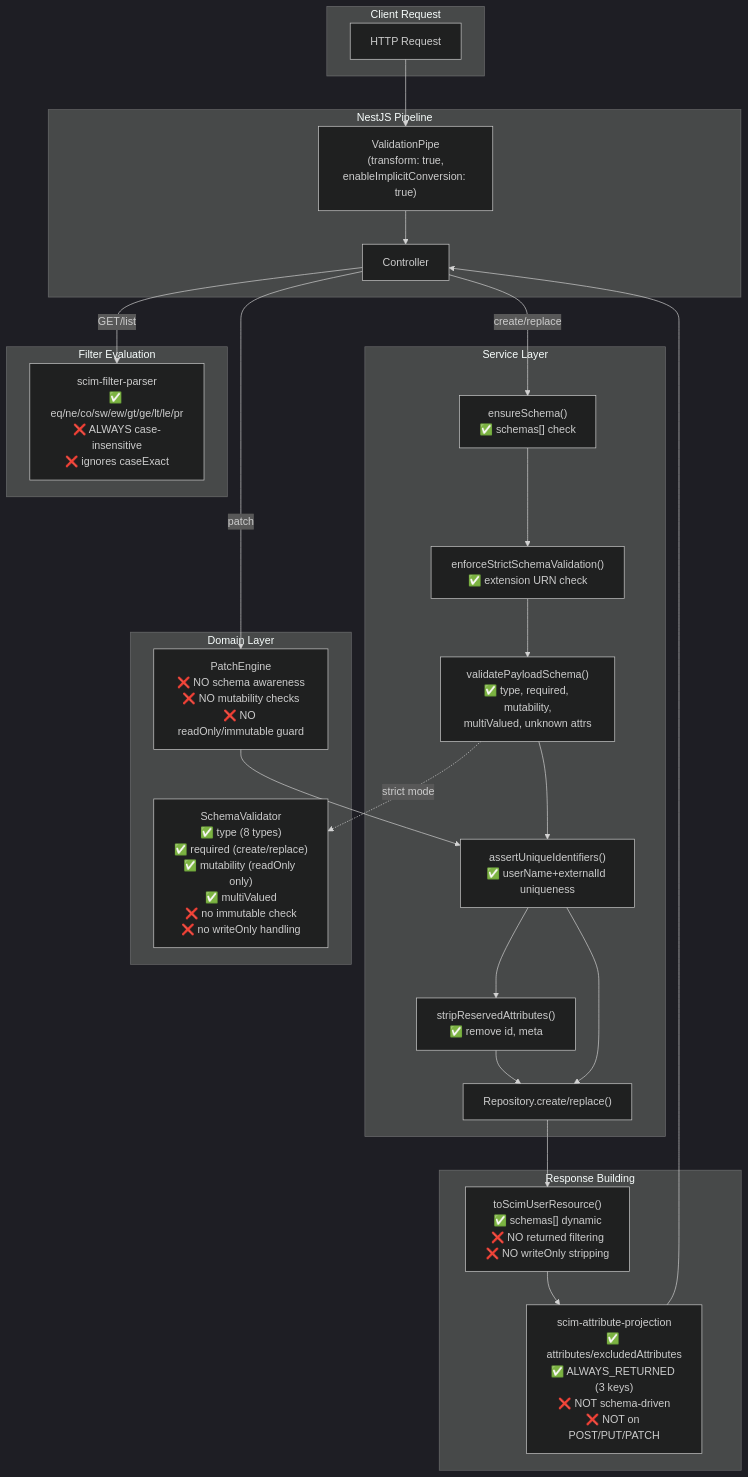
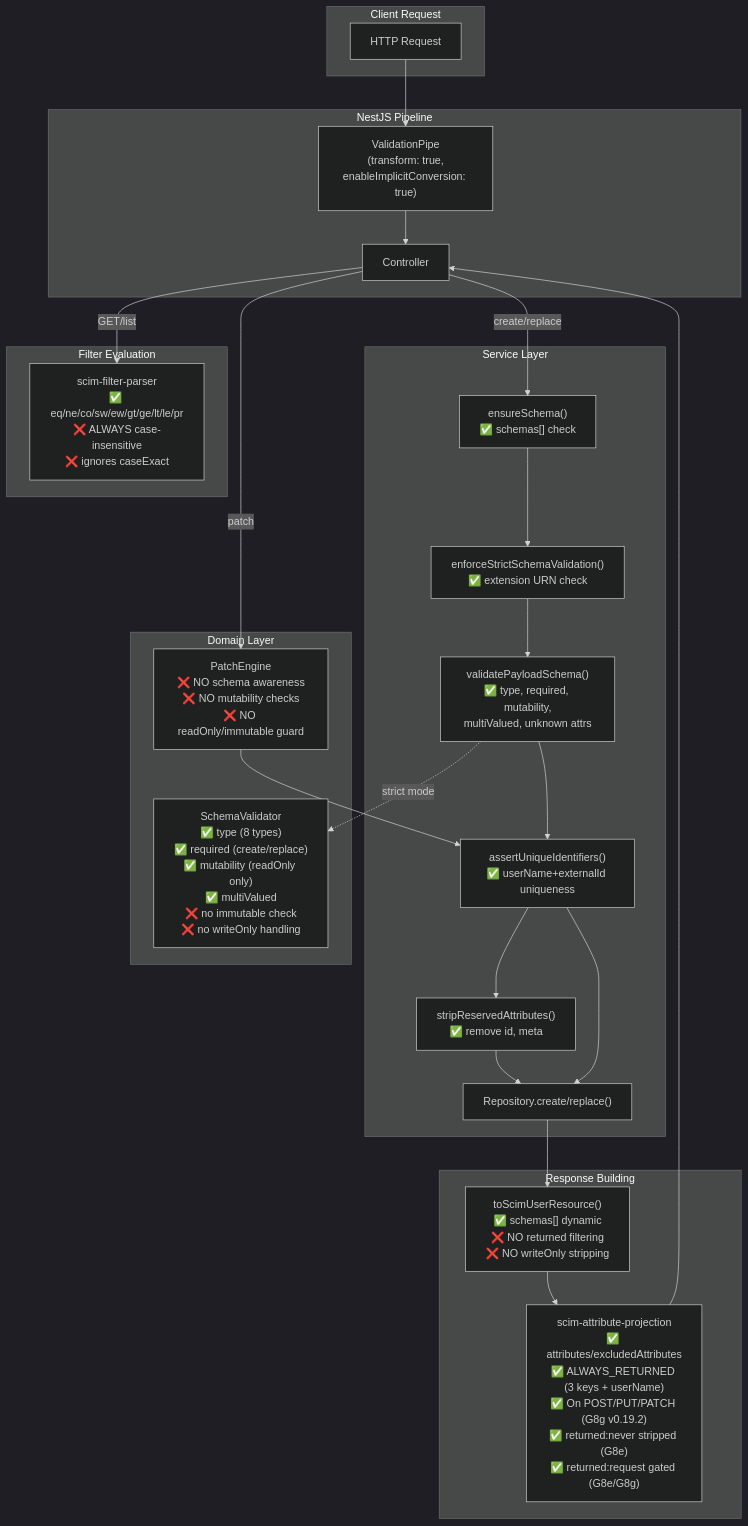
One commit to pranems/SCIMServer changed the second of 15 diagrams in docs/RFC_ATTRIBUTE_CHARACTERISTICS_ANALYSIS.md. Above: the diagram before and after it, drawn with Mermaid (dark theme). The commit also changed other lines of this file and 28 other files, not shown here.

````diff
--- a/docs/RFC_ATTRIBUTE_CHARACTERISTICS_ANALYSIS.md
+++ b/docs/RFC_ATTRIBUTE_CHARACTERISTICS_ANALYSIS.md
@@ -171,41 +171,41 @@
 ```mermaid
 flowchart TB
     subgraph "Client Request"
         REQ[HTTP Request]
     end
 
     subgraph "NestJS Pipeline"
         VP["ValidationPipe<br/>(transform: true,<br/>enableImplicitConversion: true)"]
         CTRL[Controller]
     end
 
     subgraph "Service Layer"
         ES["ensureSchema()<br/>✅ schemas[] check"]
         SSV["enforceStrictSchemaValidation()<br/>✅ extension URN check"]
         PSV["validatePayloadSchema()<br/>✅ type, required, mutability,<br/>multiValued, unknown attrs"]
         UNIQ["assertUniqueIdentifiers()<br/>✅ userName+externalId uniqueness"]
         SRA["stripReservedAttributes()<br/>✅ remove id, meta"]
         REPO["Repository.create/replace()"]
     end
 
     subgraph "Domain Layer"
         SV["SchemaValidator<br/>✅ type (8 types)<br/>✅ required (create/replace)<br/>✅ mutability (readOnly only)<br/>✅ multiValued<br/>❌ no immutable check<br/>❌ no writeOnly handling"]
         PE["PatchEngine<br/>❌ NO schema awareness<br/>❌ NO mutability checks<br/>❌ NO readOnly/immutable guard"]
     end
 
     subgraph "Response Building"
         RB["toScimUserResource()<br/>✅ schemas[] dynamic<br/>❌ NO returned filtering<br/>❌ NO writeOnly stripping"]
-        PROJ["scim-attribute-projection<br/>✅ attributes/excludedAttributes<br/>✅ ALWAYS_RETURNED (3 keys)<br/>❌ NOT schema-driven<br/>❌ NOT on POST/PUT/PATCH"]
+        PROJ["scim-attribute-projection<br/>✅ attributes/excludedAttributes<br/>✅ ALWAYS_RETURNED (3 keys + userName)<br/>✅ On POST/PUT/PATCH (G8g v0.19.2)<br/>✅ returned:never stripped (G8e)<br/>✅ returned:request gated (G8e/G8g)"]
     end
 
     subgraph "Filter Evaluation"
         FE["scim-filter-parser<br/>✅ eq/ne/co/sw/ew/gt/ge/lt/le/pr<br/>❌ ALWAYS case-insensitive<br/>❌ ignores caseExact"]
     end
 
     REQ --> VP --> CTRL
     CTRL -->|create/replace| ES --> SSV --> PSV --> UNIQ --> SRA --> REPO
     CTRL -->|patch| PE --> UNIQ --> REPO
     PSV -.->|strict mode| SV
     REPO --> RB --> PROJ --> CTRL
     CTRL -->|GET/list| FE
 ```
````
